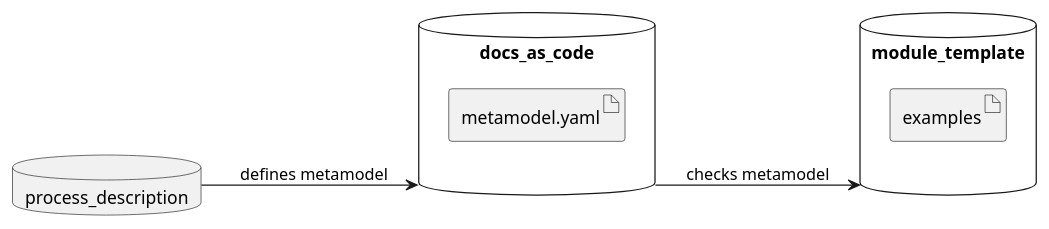
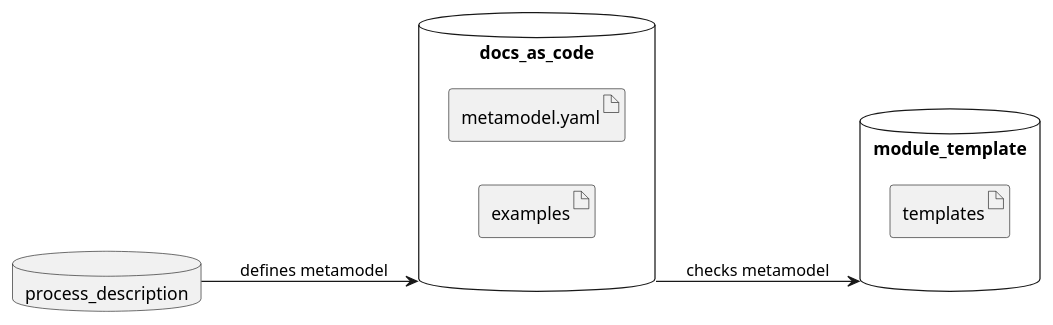
The fourth of 6 diagrams in docs/design_decisions/DR-007-infra.rst (eclipse-score/score), drawn with PlantUML before and after one commit. The commit also changed other lines of this file, not shown here.

First line of the commit message:
Clarify "examples" vs "templates"

```diff
--- a/docs/design_decisions/DR-007-infra.rst
+++ b/docs/design_decisions/DR-007-infra.rst
@@ -179,16 +190,17 @@
 .. uml::
    :align: center
-   :caption: Move examples (Sphinx-Needs objects) to a third repository
+   :caption: Move examples to docs_as_code and templates to module_template
 
    left to right direction
    database process_description {
    }
    database docs_as_code {
       artifact metamodel.yaml as yaml
+      artifact examples
    }
    database module_template {
-      artifact examples
+      artifact templates
    }
 
    process_description --> docs_as_code : defines metamodel
    docs_as_code --> module_template : checks metamodel
```
